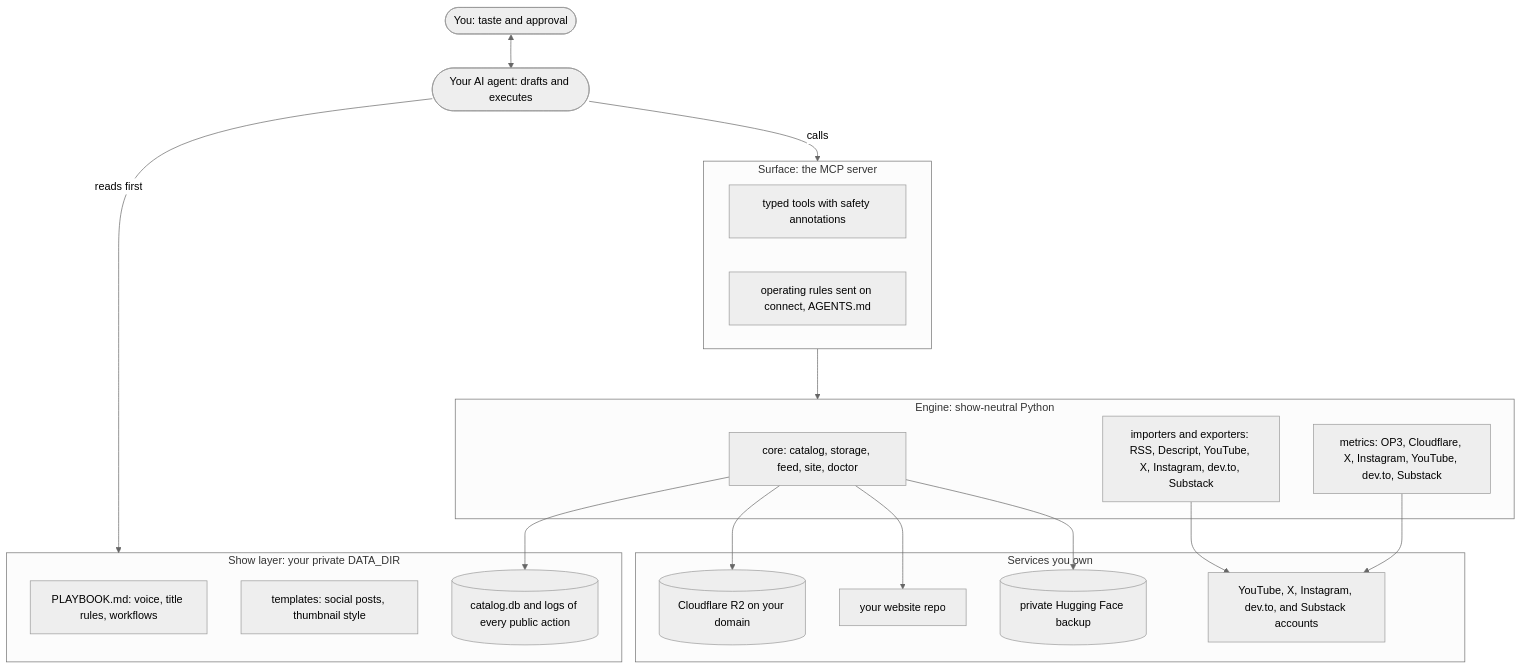
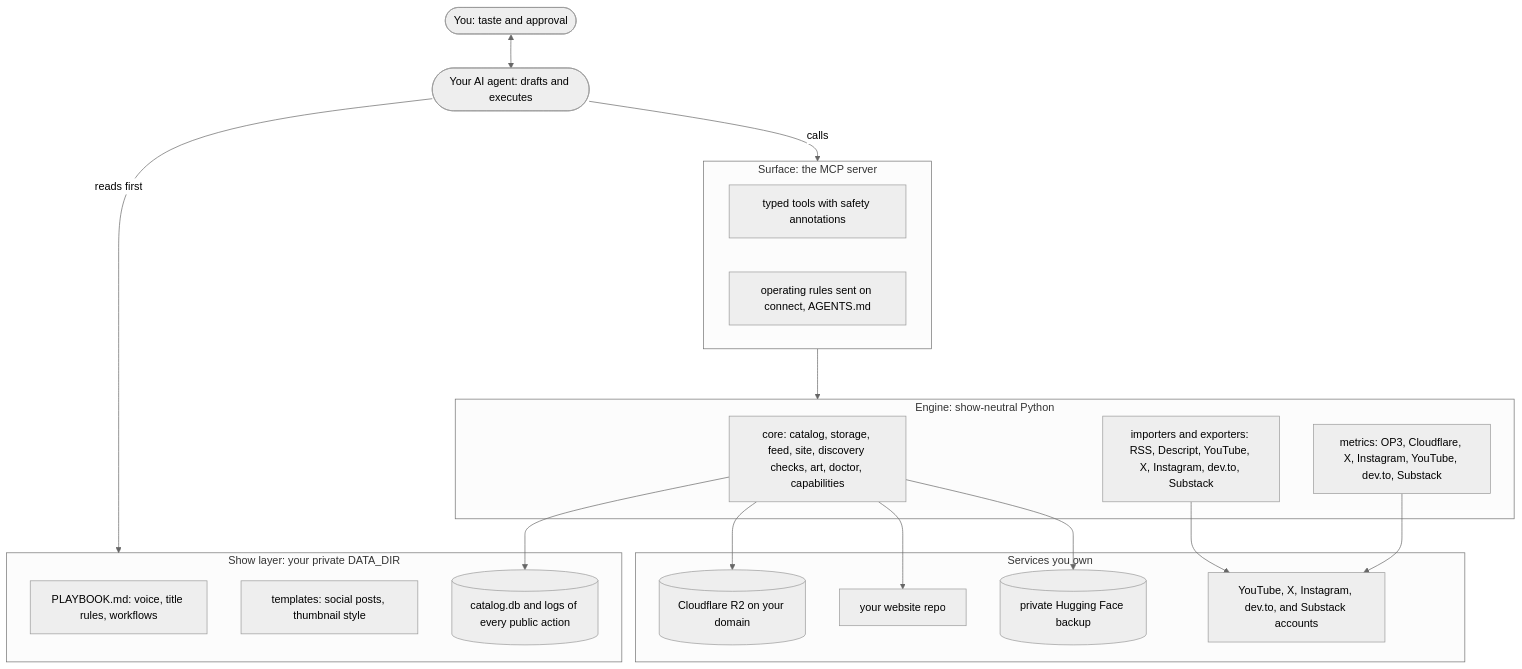
Before and after one commit to harpreetsahota204/podcast_server: the second of 4 diagrams in README.md, drawn with Mermaid (neutral theme). The commit also changed other lines of this file and 33 other files, not shown here.

Commit message:
Add discovery gates and briefs, square episode art generation, Substack newsletter drafting and sync pipeline, agent channel capabilities introspection, and dev.to publishing support.

````diff
--- a/README.md
+++ b/README.md
@@ -79,38 +79,38 @@
 ```mermaid
 flowchart TB
     YOU([You: taste and approval]) <--> AGENT([Your AI agent: drafts and executes])
     AGENT -->|reads first| SHOW
     AGENT -->|calls| SURFACE
 
     subgraph SHOW["Show layer: your private DATA_DIR"]
         PB[PLAYBOOK.md: voice, title rules, workflows]
         TPL[templates: social posts, thumbnail style]
         CAT[(catalog.db and logs of every public action)]
     end
 
     subgraph SURFACE["Surface: the MCP server"]
         TOOLS[typed tools with safety annotations]
         RULES[operating rules sent on connect, AGENTS.md]
     end
 
     subgraph ENGINE["Engine: show-neutral Python"]
-        CORE[core: catalog, storage, feed, site, doctor]
+        CORE[core: catalog, storage, feed, site, discovery checks, art, doctor, capabilities]
         IO[importers and exporters: RSS, Descript, YouTube, X, Instagram, dev.to, Substack]
         MET[metrics: OP3, Cloudflare, X, Instagram, YouTube, dev.to, Substack]
     end
 
     subgraph OWNED["Services you own"]
         R2[(Cloudflare R2 on your domain)]
         WEB[your website repo]
         PLAT[YouTube, X, Instagram, dev.to, and Substack accounts]
         HF[(private Hugging Face backup)]
     end
 
     SURFACE --> ENGINE
     CORE --> CAT
     CORE --> R2
     CORE --> WEB
     CORE --> HF
     IO --> PLAT
     MET --> PLAT
 ```
````
